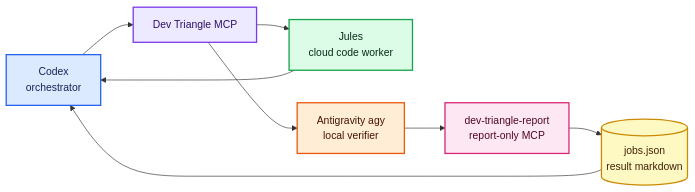
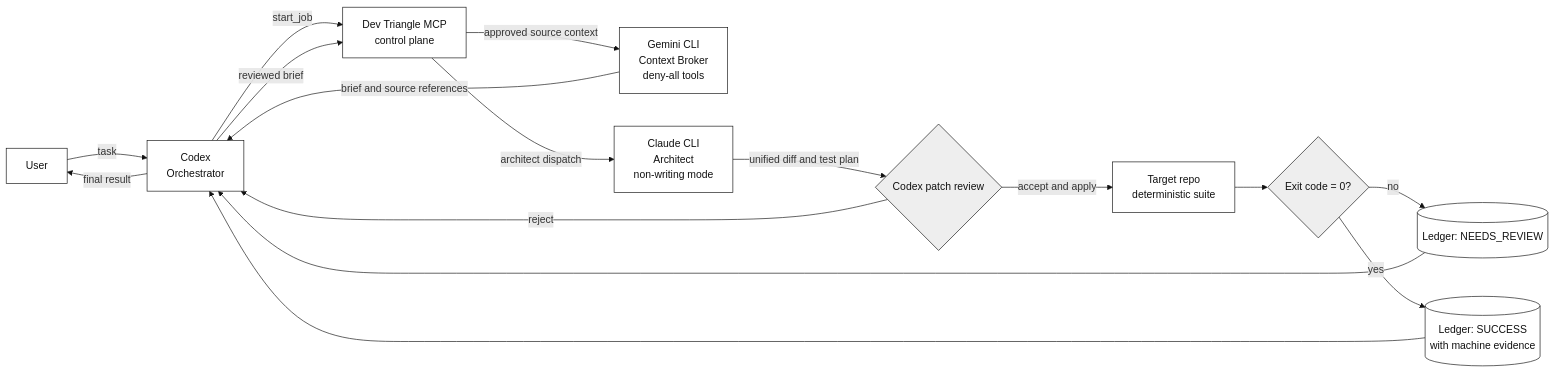
Before and after one commit to SpadesZ/dev-triangle-mcp: the second of 2 diagrams in README.md, drawn with Mermaid. The commit also changed other lines of this file and 11 other files, not shown here.

````diff
--- a/README.md
+++ b/README.md
@@ -111,17 +128,26 @@
 ```mermaid
 flowchart LR
-  C["Codex<br/>orchestrator"]:::orchestrator --> M["Dev Triangle MCP"]:::mcp
-  M --> J["Jules<br/>cloud code worker"]:::worker
-  M --> A["Antigravity agy<br/>local verifier"]:::verifier
-  J --> C
-  A --> R["dev-triangle-report<br/>report-only MCP"]:::report
-  R --> L[("jobs.json<br/>result markdown")]:::state
-  L --> C
+  U["User"] -->|task| C["Codex<br/>Orchestrator"]
+  C -->|start_job| M["Dev Triangle MCP<br/>control plane"]
+  M -->|approved source context| G["Gemini CLI<br/>Context Broker<br/>deny-all tools"]
+  G -->|brief and source references| C
+  C -->|reviewed brief| M
+  M -->|architect dispatch| A["Claude CLI<br/>Architect<br/>non-writing mode"]
+  A -->|unified diff and test plan| P{"Codex patch review"}
+  P -->|reject| C
+  P -->|accept and apply| V["Target repo<br/>deterministic suite"]
+  V --> E{"Exit code = 0?"}
+  E -->|no| N[("Ledger: NEEDS_REVIEW")]
+  E -->|yes| S[("Ledger: SUCCESS<br/>with machine evidence")]
+  N --> C
+  S --> C
+  C -->|final result| U
 
-  classDef orchestrator fill:#dbeafe,stroke:#2563eb,color:#172554,stroke-width:2px;
-  classDef mcp fill:#ede9fe,stroke:#7c3aed,color:#2e1065,stroke-width:2px;
-  classDef worker fill:#dcfce7,stroke:#16a34a,color:#052e16,stroke-width:2px;
-  classDef verifier fill:#ffedd5,stroke:#ea580c,color:#431407,stroke-width:2px;
-  classDef report fill:#fce7f3,stroke:#db2777,color:#500724,stroke-width:2px;
-  classDef state fill:#fef9c3,stroke:#ca8a04,color:#422006,stroke-width:2px;
+  classDef process fill:#ffffff,stroke:#111111,color:#111111,stroke-width:1px;
+  classDef decision fill:#eeeeee,stroke:#111111,color:#111111,stroke-width:1px;
+  classDef store fill:#ffffff,stroke:#111111,color:#111111,stroke-width:1px;
+  class U,C,M,G,A,V process;
+  class P,E decision;
+  class N,S store;
+  linkStyle default stroke:#111111,stroke-width:1px;
 ```
````
